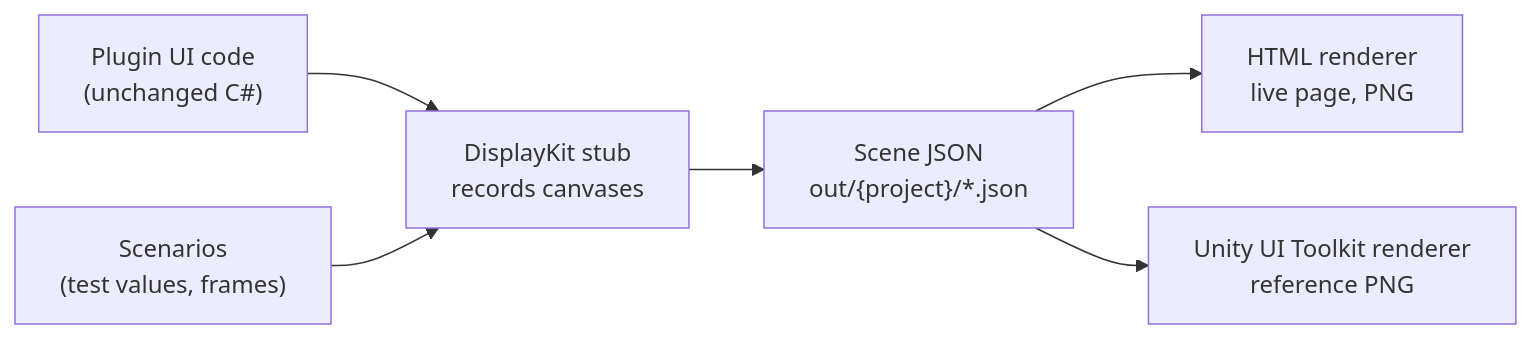
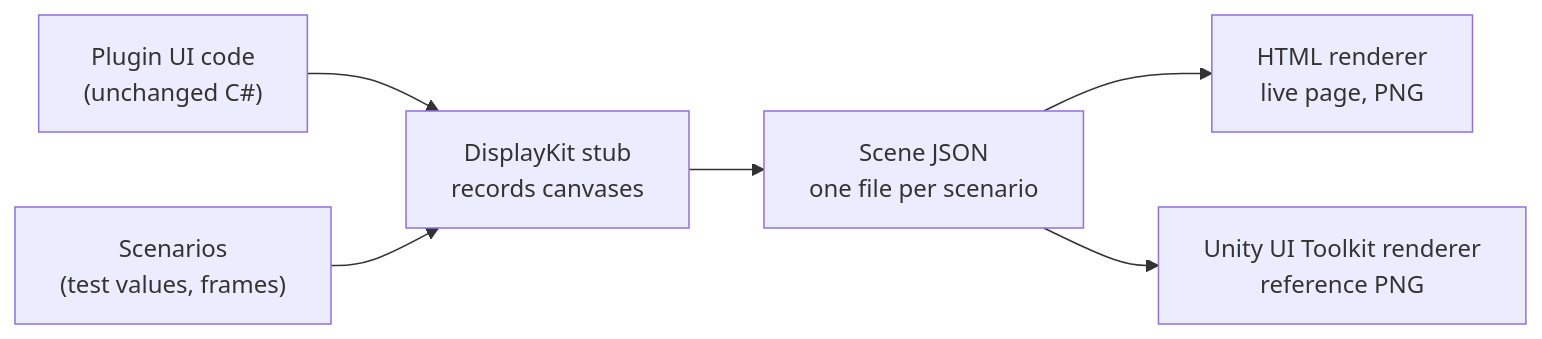
One commit to sl-plugins-cement/displaykit-preview changed the diagram in README.md. Above: the diagram before and after it, drawn with Mermaid. The commit also changed 1 other file, not shown here.

Commit message:
Describe the scene files in the diagram in words

````diff
--- a/README.md
+++ b/README.md
@@ -12,8 +12,8 @@
 ```mermaid
 flowchart LR
     A["Plugin UI code<br/>(unchanged C#)"] --> B["DisplayKit stub<br/>records canvases"]
     S["Scenarios<br/>(test values, frames)"] --> B
-    B --> J["Scene JSON<br/>out/{project}/*.json"]
+    B --> J["Scene JSON<br/>one file per scenario"]
     J --> H["HTML renderer<br/>live page, PNG"]
     J --> U["Unity UI Toolkit renderer<br/>reference PNG"]
 ```
````
